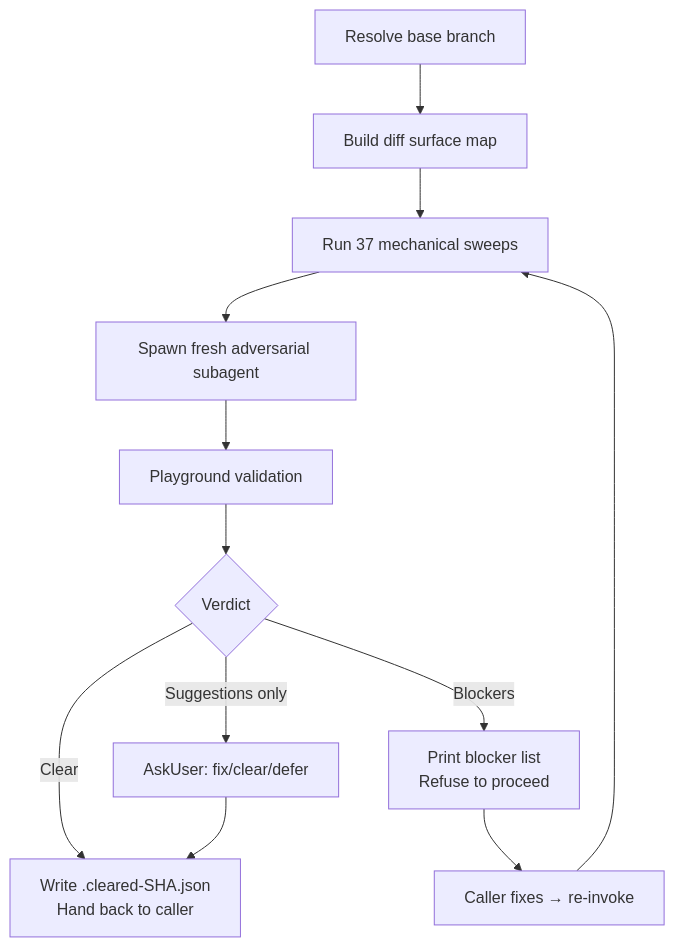
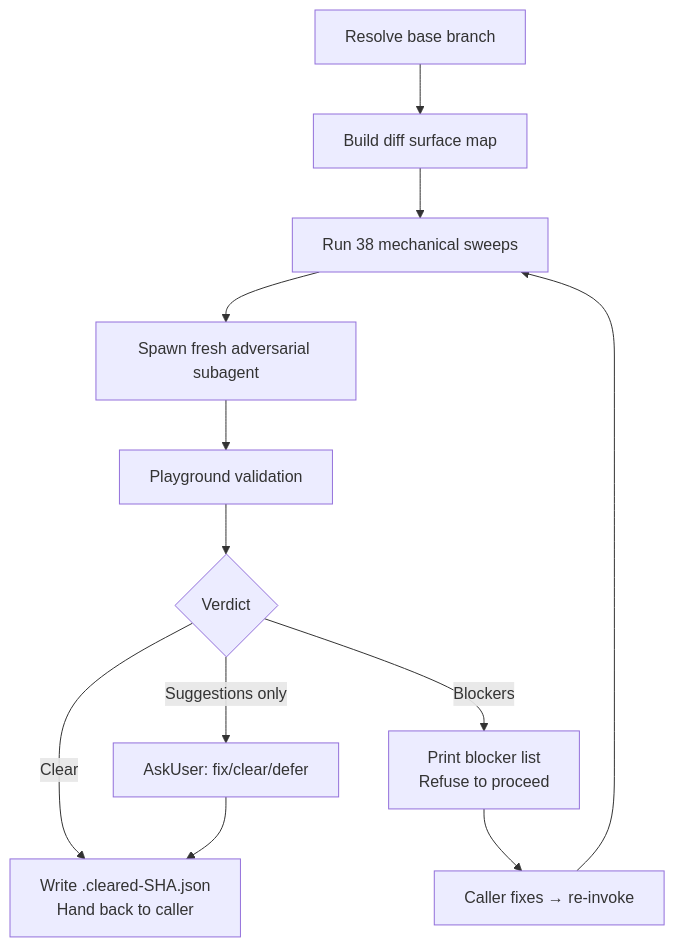
Before and after one commit to whizzzkid/skills: the diagram in skills/adversarial-review/README.md, drawn with Mermaid. The commit also changed other lines of this file and 5 other files, not shown here.

````diff
--- a/skills/adversarial-review/README.md
+++ b/skills/adversarial-review/README.md
@@ -16,14 +16,14 @@
 ```mermaid
 flowchart TD
     A[Resolve base branch] --> B[Build diff surface map]
-    B --> C[Run 37 mechanical sweeps]
+    B --> C[Run 38 mechanical sweeps]
     C --> D[Spawn fresh adversarial subagent]
     D --> E[Playground validation]
     E --> F{Verdict}
     F -->|Clear| G[Write .cleared-SHA.json<br/>Hand back to caller]
     F -->|Blockers| H[Print blocker list<br/>Refuse to proceed]
     F -->|Suggestions only| I[AskUser: fix/clear/defer]
     H --> J[Caller fixes → re-invoke]
     J --> C
     I --> G
 ```
````
